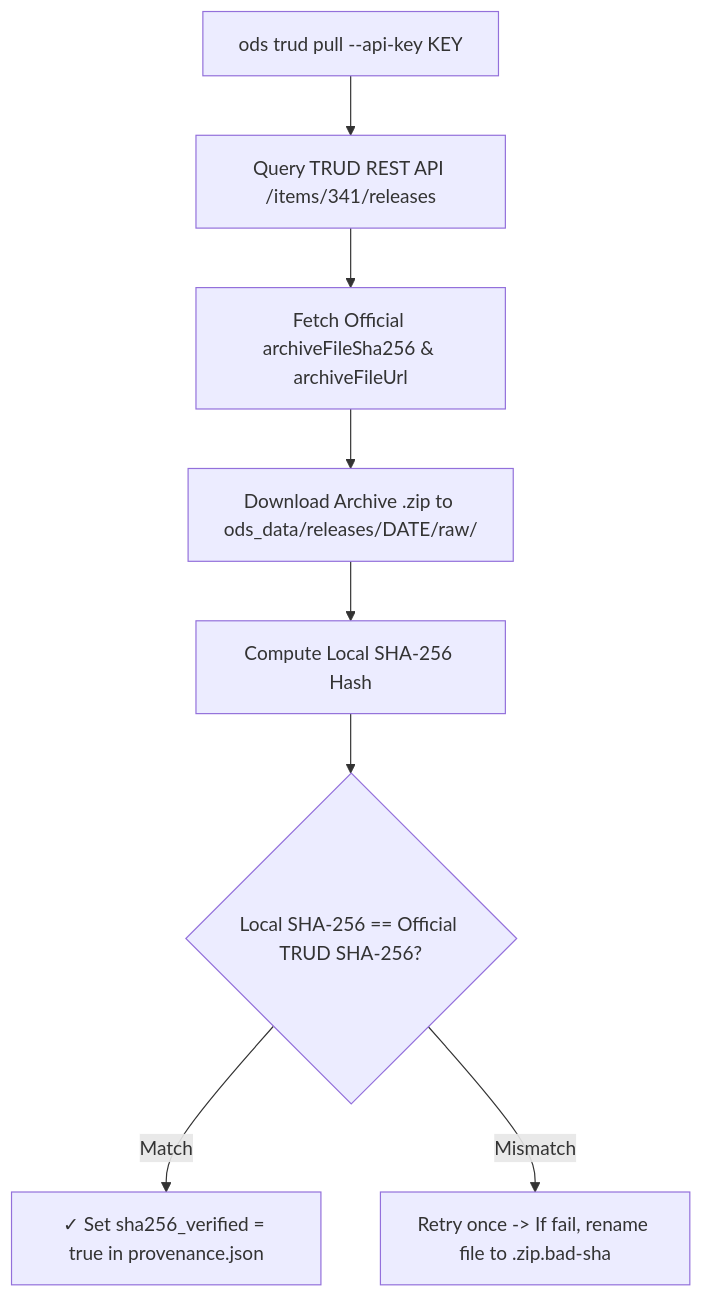
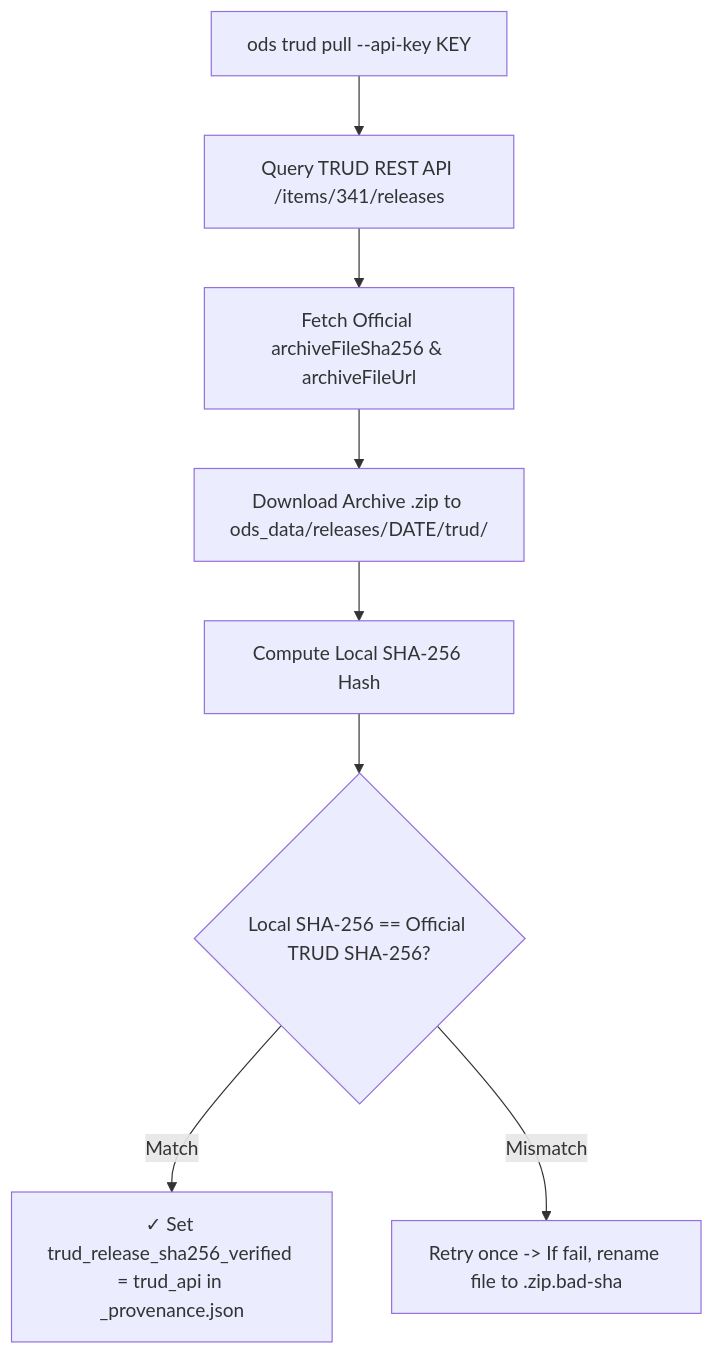
One commit to olizilla/ods changed the diagram in docs/provenance.md. Above: the diagram before and after it, drawn with Mermaid. The commit also changed other lines of this file and 5 other files, not shown here.

````diff
--- a/docs/provenance.md
+++ b/docs/provenance.md
@@ -70,10 +70,10 @@
 ```mermaid
 flowchart TD
     A[ods trud pull --api-key KEY] --> B[Query TRUD REST API /items/341/releases]
     B --> C[Fetch Official archiveFileSha256 & archiveFileUrl]
-    C --> D[Download Archive .zip to ods_data/releases/DATE/raw/]
+    C --> D[Download Archive .zip to ods_data/releases/DATE/trud/]
     D --> E[Compute Local SHA-256 Hash]
     E --> F{Local SHA-256 == Official TRUD SHA-256?}
-    F -- Match --> G[✓ Set sha256_verified = true in provenance.json]
+    F -- Match --> G[✓ Set trud_release_sha256_verified = trud_api in _provenance.json]
     F -- Mismatch --> H[Retry once -> If fail, rename file to .zip.bad-sha]
 ```
````
